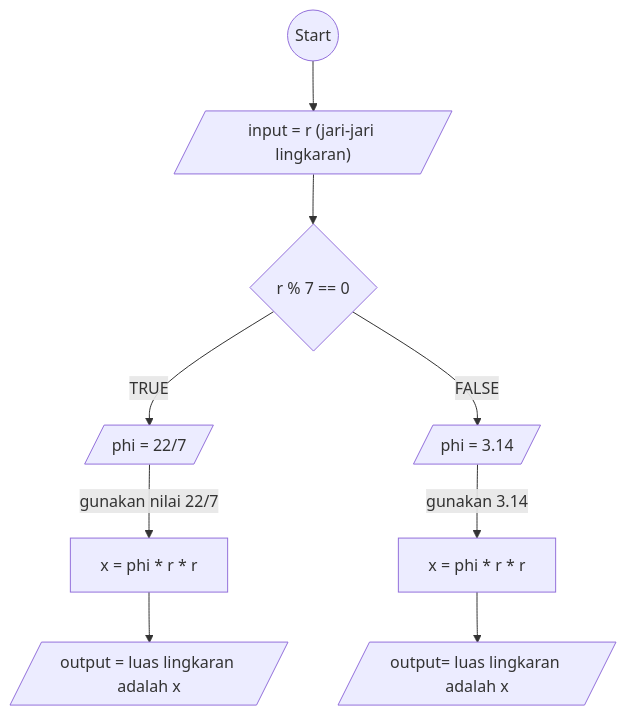
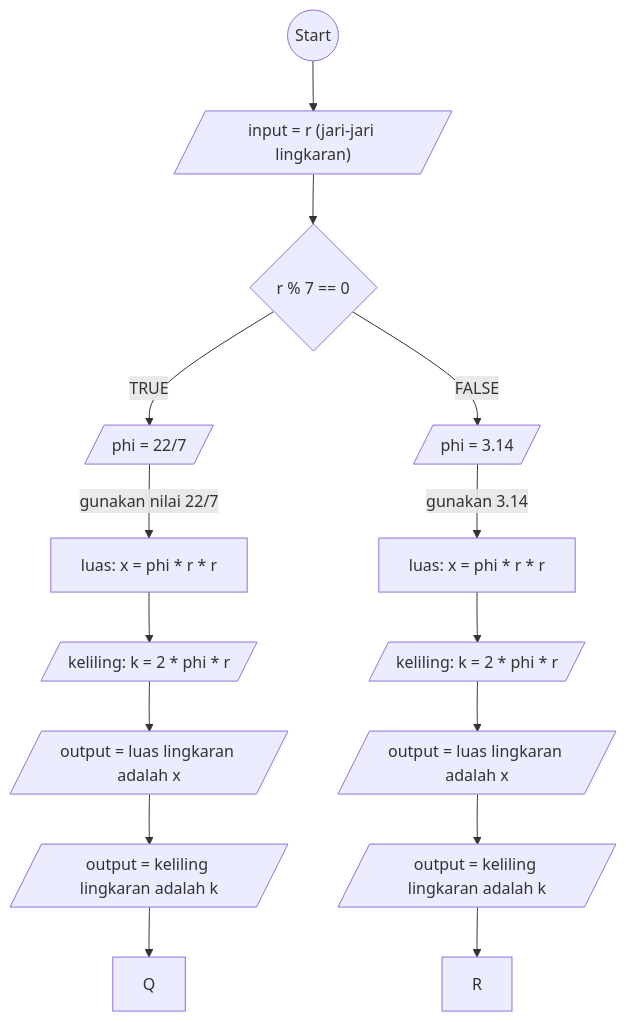
Before and after one commit to makarim22/koda-b6-algoritma: the diagram in flowchart-luas-dan-keliling-lingkaran.md, drawn with Mermaid.

````diff
--- a/flowchart-luas-dan-keliling-lingkaran.md
+++ b/flowchart-luas-dan-keliling-lingkaran.md
@@ -1,25 +1,31 @@
 ```mermaid
 flowchart TD
  A@{ shape: circle, label: "Start" } --> B
 
  B@{ shape: lean-r, label: "input = r (jari-jari lingkaran)"} --> C
 
  C@{ shape: diamond, label: "r % 7 == 0"}
 
  C -- TRUE --> E
 
  C -- FALSE --> F
 
  E@{ shape: lean-r, label: "phi = 22/7"} -->|gunakan nilai 22/7| G 
  F@{ shape: lean-r, label: "phi = 3.14"}--> |gunakan 3.14| H
 
+ G@{ shape: rect, label: "luas: x = phi * r * r"} --> A1
+ H@{ shape: rect, label: "luas: x = phi * r * r"} --> B1
+
+ A1@{ shape: lean-r, label: "keliling: k = 2 * phi * r"} --> L
+ B1@{ shape: lean-r, label: "keliling: k = 2 * phi * r"} --> M
+
+ L@{ shape: lean-r, label: "output = luas lingkaran adalah x"} --> O
+ M@{ shape: lean-r, label: "output = luas lingkaran adalah x"} --> P
+
+ O@{ shape: lean-r, label: "output = keliling lingkaran adalah k"} --> Q
+ P@{ shape: lean-r, label: "output = keliling lingkaran adalah k"} --> R
 
 
- G@{ shape: rect, label: "x = phi * r * r"} --> L
- H@{ shape: rect, label: "x = phi * r * r"} --> M
-
- L@{ shape: lean-r, label: "output = luas lingkaran adalah x"}
- M@{ shape: lean-r, label: "output= luas lingkaran adalah x"}
 
 
 ```
````
